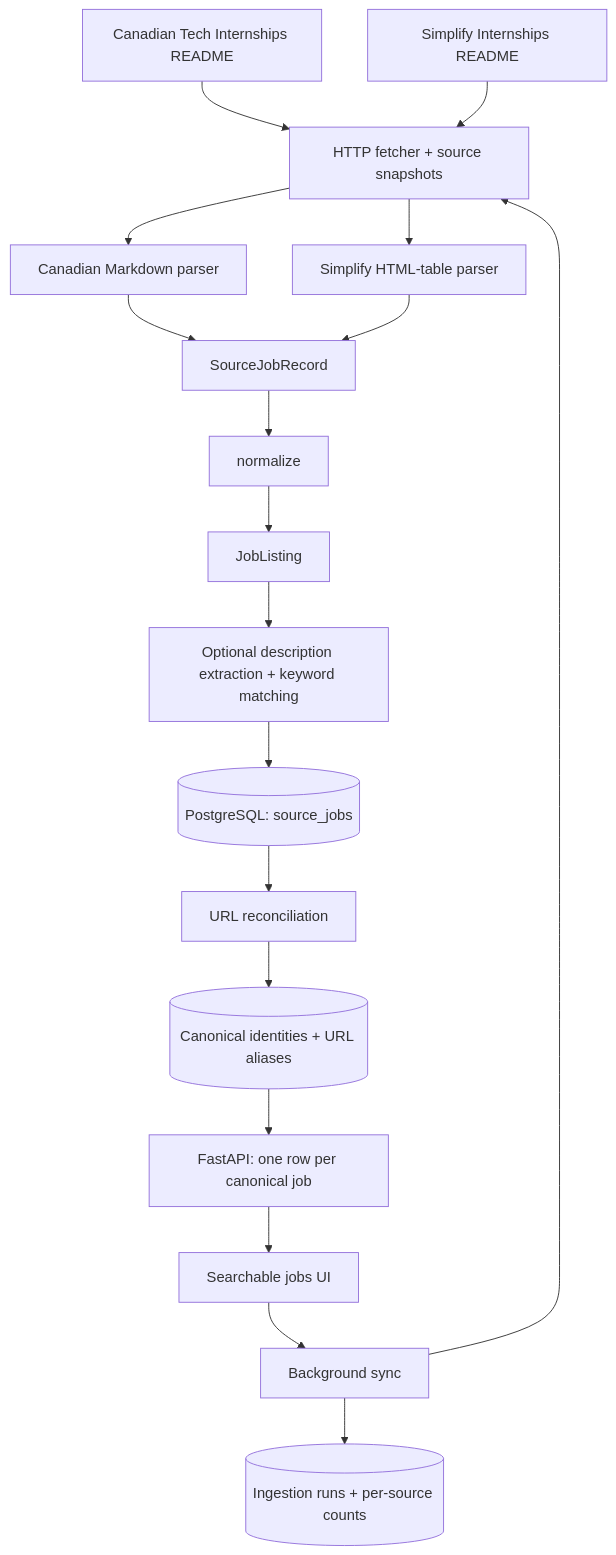
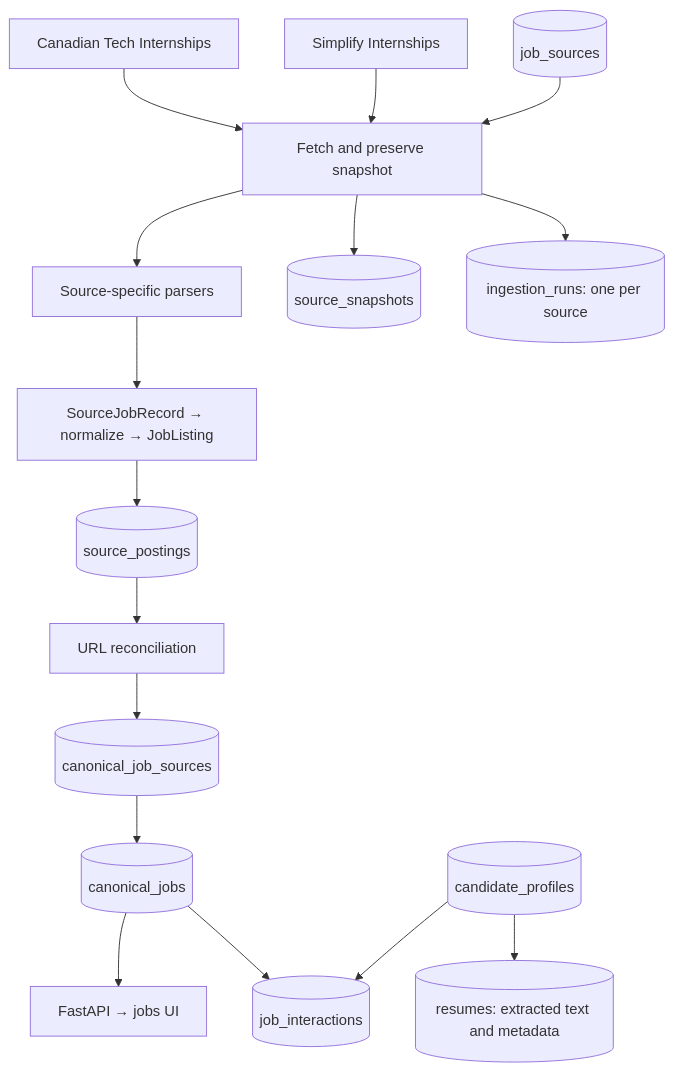
One commit to aymaanalamgir/internshipfeed changed the diagram in README.md. Above: the diagram before and after it, drawn with Mermaid. The commit also changed other lines of this file and 16 other files, not shown here.

Commit message:
postgre sql db

````diff
--- a/README.md
+++ b/README.md
@@ -7,20 +7,18 @@
 ```mermaid
 flowchart TD
-    A[Canadian Tech Internships README] --> F[HTTP fetcher + source snapshots]
-    B[Simplify Internships README] --> F
-    F --> P1[Canadian Markdown parser]
-    F --> P2[Simplify HTML-table parser]
-    P1 --> R[SourceJobRecord]
-    P2 --> R
-    R --> N[normalize]
-    N --> J[JobListing]
-    J --> E[Optional description extraction + keyword matching]
-    E --> SDB[(PostgreSQL: source_jobs)]
-    SDB --> R2[URL reconciliation]
-    R2 --> DB[(Canonical identities + URL aliases)]
-    DB --> API[FastAPI: one row per canonical job]
-    API --> UI[Searchable jobs UI]
-    UI --> S[Background sync]
-    S --> F
-    S --> RUNS[(Ingestion runs + per-source counts)]
+    A[Canadian Tech Internships] --> F[Fetch and preserve snapshot]
+    B[Simplify Internships] --> F
+    F --> P[Source-specific parsers]
+    P --> N[SourceJobRecord → normalize → JobListing]
+    N --> SP[(source_postings)]
+    SP --> R[URL reconciliation]
+    R --> MAP[(canonical_job_sources)]
+    MAP --> C[(canonical_jobs)]
+    C --> API[FastAPI → jobs UI]
+    F --> SS[(source_snapshots)]
+    F --> RUN[(ingestion_runs: one per source)]
+    JS[(job_sources)] --> F
+    CP[(candidate_profiles)] --> E[(job_interactions)]
+    C --> E
+    CP --> RES[(resumes: extracted text and metadata)]
 ```
````
